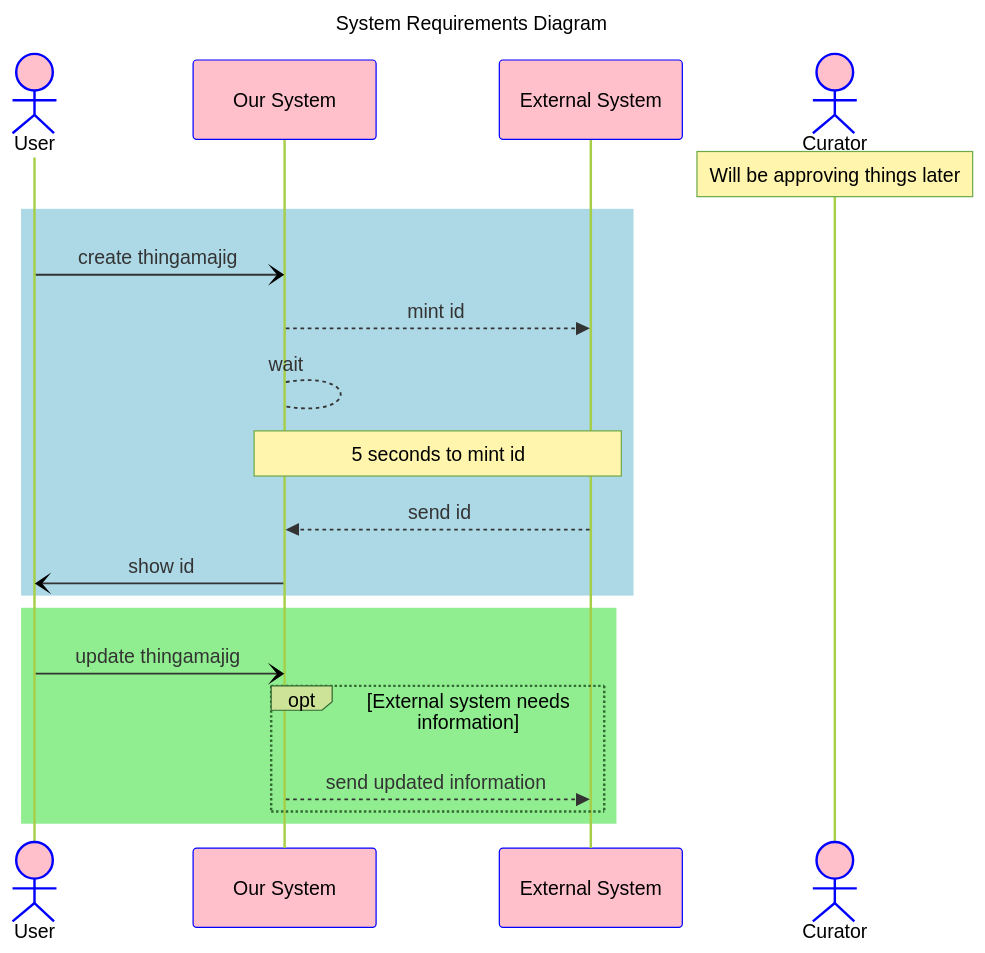
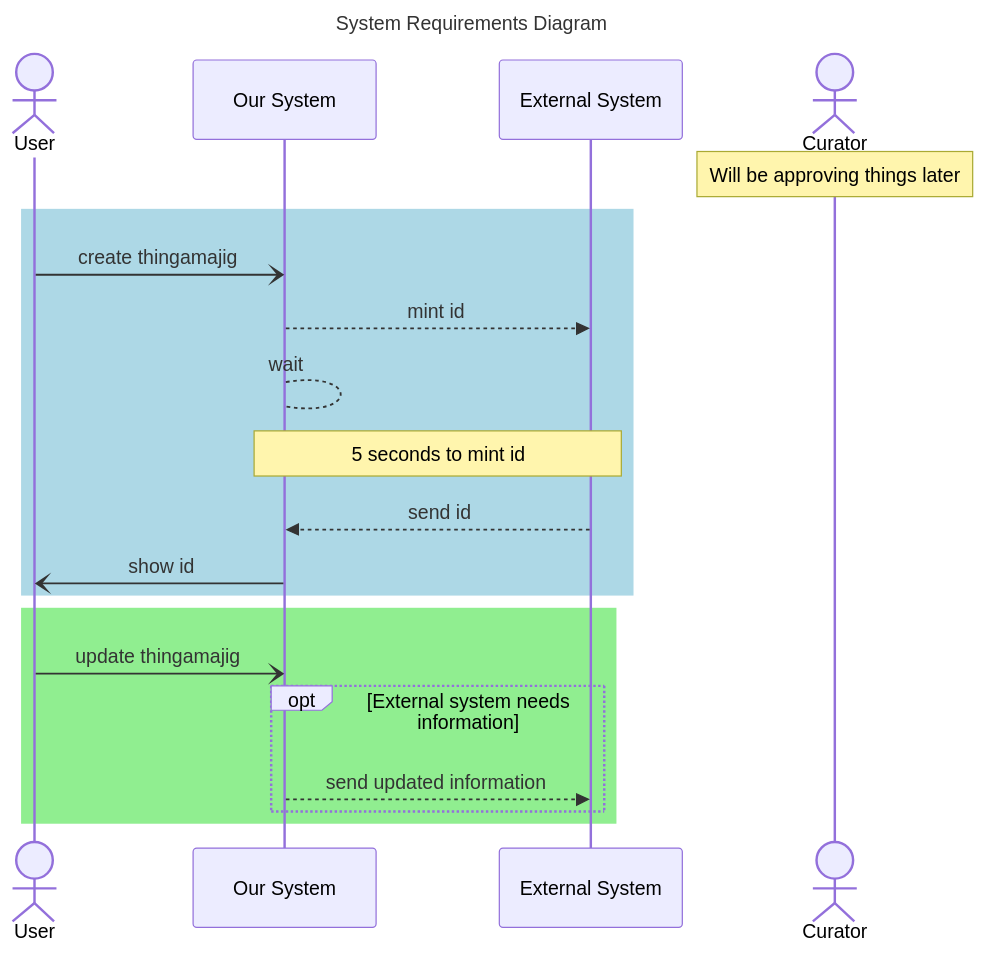
One commit to carolyncole/mermaid-wintersession changed the diagram in lesson5-style/xx-answer-key.md. Above: the diagram before and after it, drawn with Mermaid. The commit also changed other lines of this file and 3 other files, not shown here.

````diff
--- a/lesson5-style/xx-answer-key.md
+++ b/lesson5-style/xx-answer-key.md
@@ -30,34 +16,28 @@
 ```mermaid
-%%{init: { 'theme': 'forest',
-            'themeVariables': {
-              'actorBorder': 'blue',
-              'actorBkg': 'pink'
-            }
-        } }%%
 
 sequenceDiagram
 title  System Requirements Diagram
 accTitle: System Requirements Sequence Diagram
 
 actor user as User
 participant sys as Our System
 participant ext as External System
 actor curator as Curator
 note over curator: Will be approving things later
 
 rect lightblue
   user -) sys: create thingamajig
   sys -->> ext: mint id
   sys --> sys: wait
   note over sys,ext: 5 seconds to mint id
   ext -->> sys: send id
   sys -) user: show id
 end
 
 rect lightgreen
   user -) sys: update thingamajig
   opt External system needs information
     sys -->> ext: send updated information
   end
 end
 ```
````
